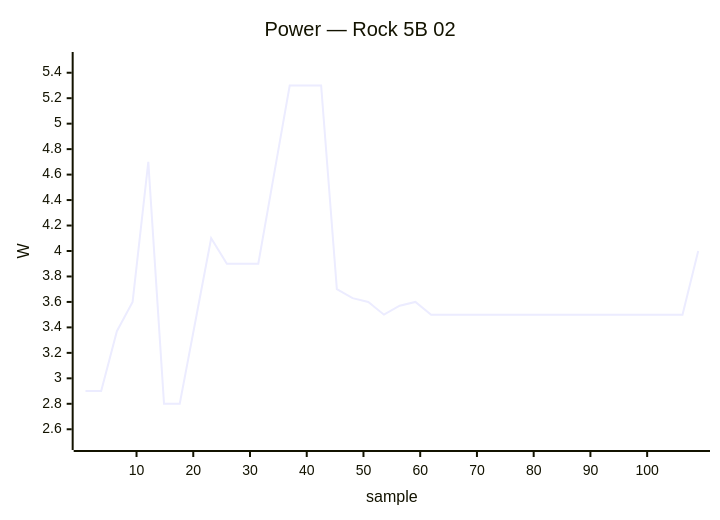
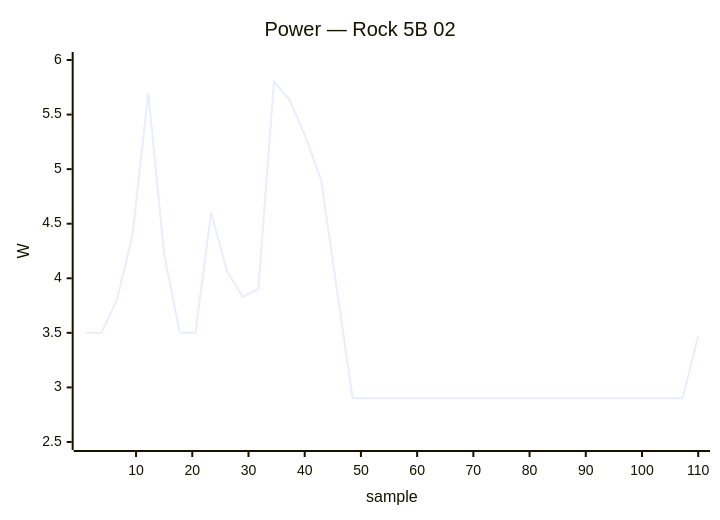
Before and after one commit to armbian/documentation: the fourth of 33 diagrams in docs/status/board-tests.md, drawn with Mermaid. The commit also changed other lines of this file, not shown here.

````diff
--- a/docs/status/board-tests.md
+++ b/docs/status/board-tests.md
@@ -190,7 +190,7 @@
 ```mermaid
 xychart-beta
     title "Power — Rock 5B 02"
-    x-axis "sample" 1 --> 109
-    y-axis "W" 2.5 --> 5.5
-    line [2.90, 2.90, 3.37, 3.60, 4.70, 2.80, 2.80, 3.45, 4.10, 3.90, 3.90, 3.90, 4.60, 5.30, 5.30, 5.30, 3.70, 3.63, 3.60, 3.50, 3.57, 3.60, 3.50, 3.50, 3.50, 3.50, 3.50, 3.50, 3.50, 3.50, 3.50, 3.50, 3.50, 3.50, 3.50, 3.50, 3.50, 3.50, 3.50, 4.00]
+    x-axis "sample" 1 --> 110
+    y-axis "W" 2.5 --> 6.0
+    line [3.50, 3.50, 3.80, 4.40, 5.70, 4.23, 3.50, 3.50, 4.60, 4.07, 3.83, 3.90, 5.80, 5.63, 5.30, 4.90, 3.90, 2.90, 2.90, 2.90, 2.90, 2.90, 2.90, 2.90, 2.90, 2.90, 2.90, 2.90, 2.90, 2.90, 2.90, 2.90, 2.90, 2.90, 2.90, 2.90, 2.90, 2.90, 2.90, 3.47]
 ```
````
